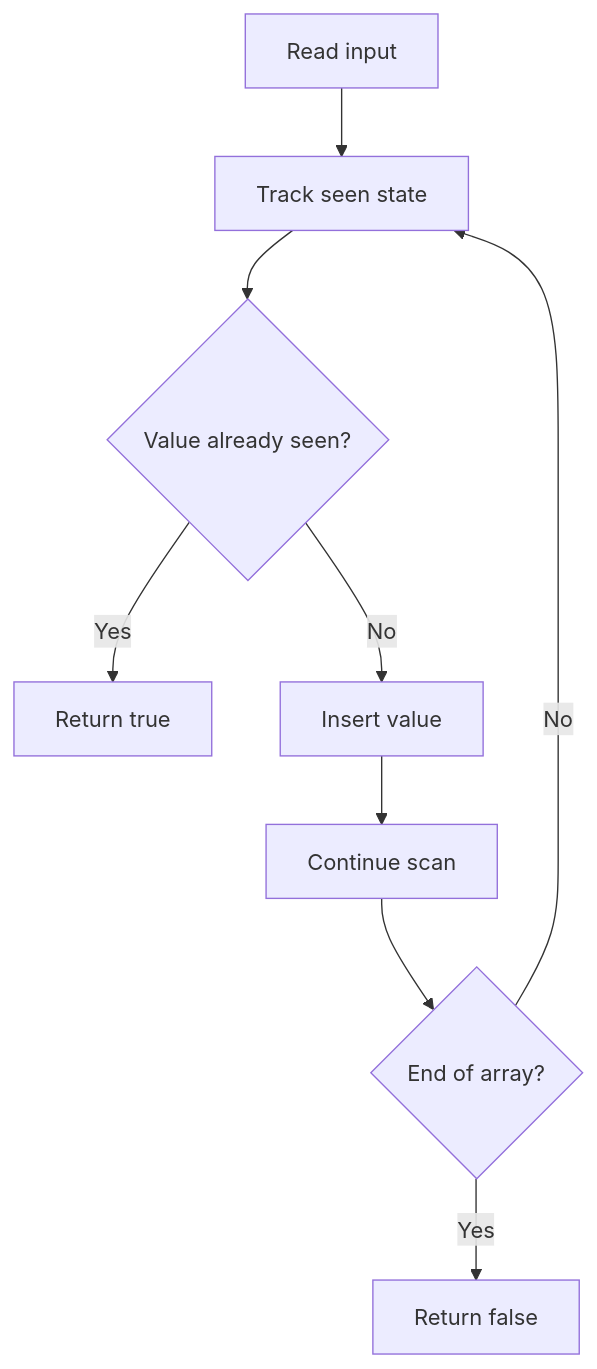
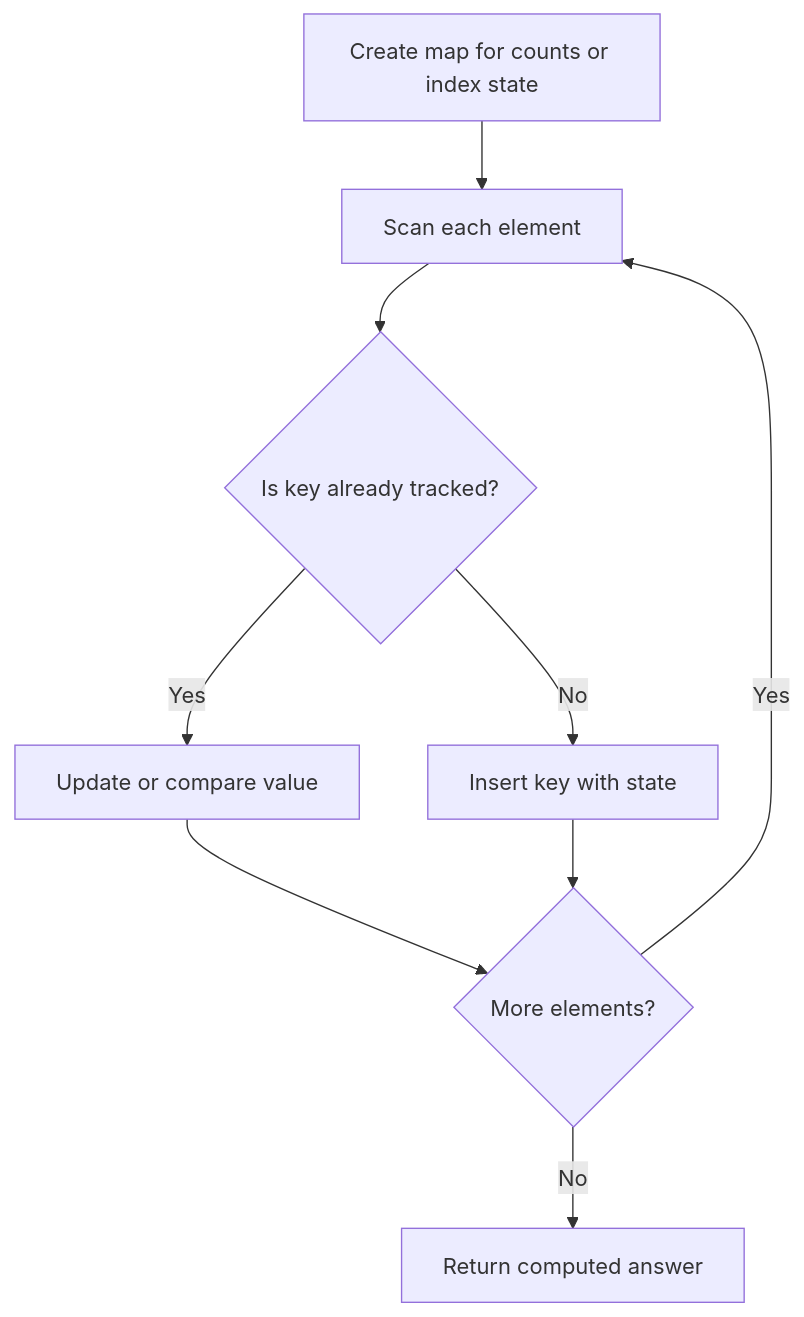
The diagram in NeetCode-Submissions/01.Arrays/003.two-sum/readme.md (keshav-poojary/Leetcode), drawn with Mermaid before and after one commit. The commit also changed 105 other files, not shown here.

Commit message:
Add NeetCode README docs with mermaid diagrams

````diff
--- a/NeetCode-Submissions/01.Arrays/003.two-sum/readme.md
+++ b/NeetCode-Submissions/01.Arrays/003.two-sum/readme.md
@@ -30,11 +30,11 @@
 ```mermaid
 flowchart TD
-    A[Read input] --> B[Track seen state]
-    B --> C{Value already seen?}
-    C -- Yes --> D[Return true]
-    C -- No --> E[Insert value]
-    E --> F[Continue scan]
-    F --> G{End of array?}
-    G -- No --> B
-    G -- Yes --> H[Return false]
+    A[Create map for counts or index state] --> B[Scan each element]
+    B --> C{Is key already tracked?}
+    C -- Yes --> D[Update or compare value]
+    C -- No --> E[Insert key with state]
+    D --> F{More elements?}
+    E --> F
+    F -- Yes --> B
+    F -- No --> G[Return computed answer]
 ```
````
